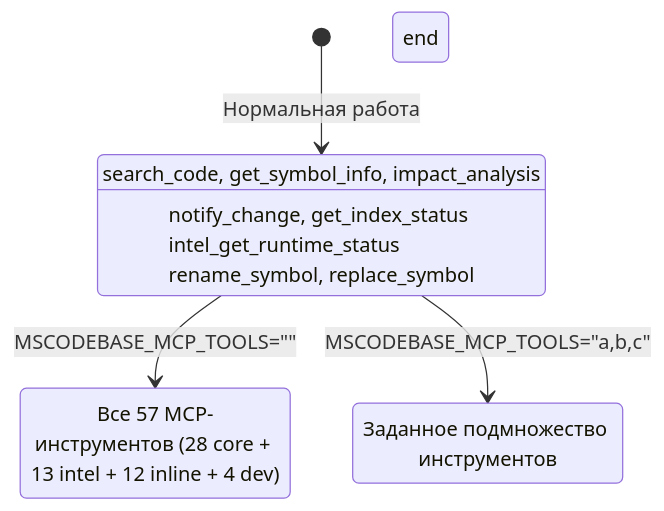
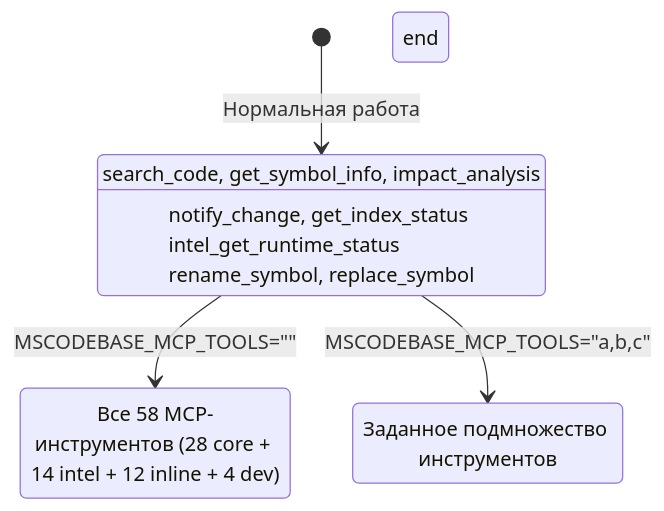
Before and after one commit to ManSio/mscodebase-intelligence: the third of 4 diagrams in docs/ru/GRACEFUL_DEGRADATION.md, drawn with Mermaid. The commit also changed 56 other files, not shown here.

````diff
--- a/docs/ru/GRACEFUL_DEGRADATION.md
+++ b/docs/ru/GRACEFUL_DEGRADATION.md
@@ -84,22 +84,22 @@
 ```mermaid
 stateDiagram-v2
     [*] --> DEFAULT_TOOLS: Нормальная работа
 
     state DEFAULT_TOOLS[Видимо: 12 инструментов]
         DEFAULT_TOOLS: search_code, get_symbol_info, impact_analysis
         DEFAULT_TOOLS: notify_change, get_index_status
         DEFAULT_TOOLS: intel_get_runtime_status
         DEFAULT_TOOLS: rename_symbol, replace_symbol
     end
 
     DEFAULT_TOOLS --> ALL_TOOLS: MSCODEBASE_MCP_TOOLS=""
     DEFAULT_TOOLS --> CUSTOM_TOOLS: MSCODEBASE_MCP_TOOLS="a,b,c"
 
-    state ALL_TOOLS[Видимо: 57 инструментов]
-        ALL_TOOLS: Все 57 MCP-инструментов (28 core + 13 intel + 12 inline + 4 dev)
+    state ALL_TOOLS[Видимо: 58 инструментов]
+        ALL_TOOLS: Все 58 MCP-инструментов (28 core + 14 intel + 12 inline + 4 dev)
     end
 
     state CUSTOM_TOOLS[Пользовательский выбор]
         CUSTOM_TOOLS: Заданное подмножество инструментов
     end
 ```
````
